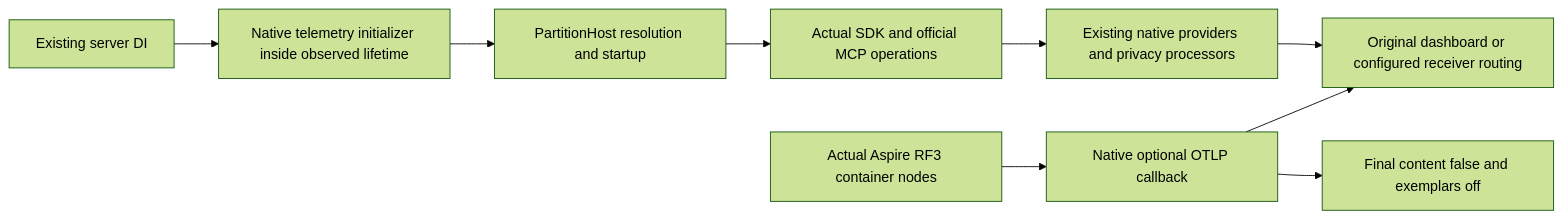
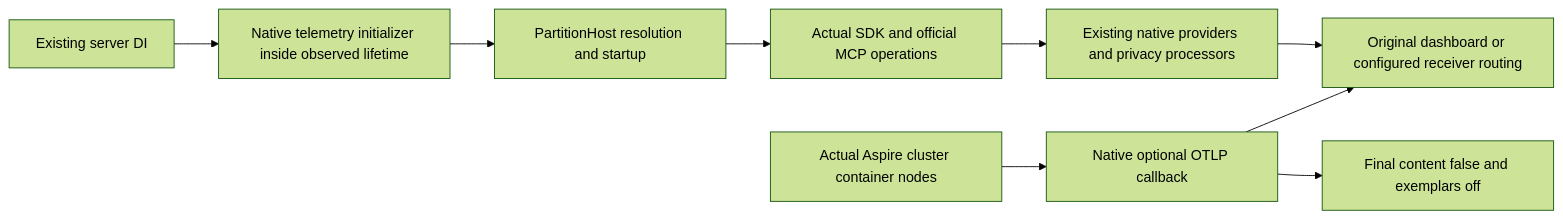
Before and after one commit to managedcode/KeyLoad: the diagram in docs/Features/Authorization/FoundationOtlp.md, drawn with Mermaid (forest theme). The commit also changed other lines of this file and 7356 other files, not shown here.

````diff
--- a/docs/Features/Authorization/FoundationOtlp.md
+++ b/docs/Features/Authorization/FoundationOtlp.md
@@ -12,11 +12,11 @@
 ```mermaid
 flowchart LR
-  Nodes[Actual Aspire RF3 container nodes] --> Native[Native optional OTLP callback]
+  Nodes[Actual Aspire cluster container nodes] --> Native[Native optional OTLP callback]
   Native --> Routing[Original dashboard or configured receiver routing]
   Native --> Privacy[Final content false and exemplars off]
   Build[Existing server DI] --> Init[Native telemetry initializer inside observed lifetime]
   Init --> Storage[PartitionHost resolution and startup]
   Storage --> Calls[Actual SDK and official MCP operations]
   Calls --> Providers[Existing native providers and privacy processors]
   Providers --> Routing
 ```
````
